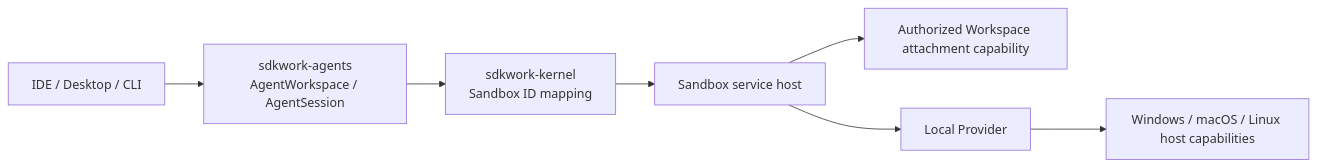
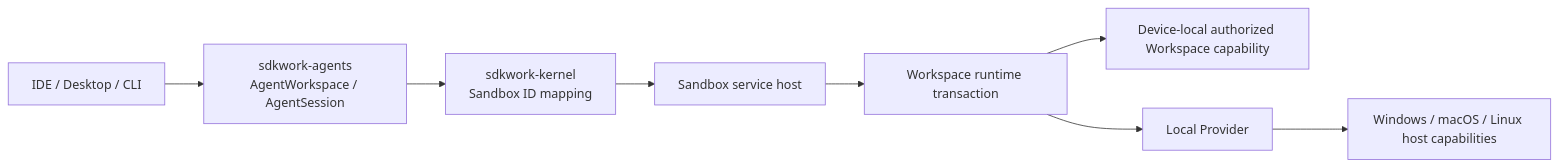
Before and after one commit to Sdkwork-Cloud/sdkwork-sandbox: the first of 3 diagrams in docs/architecture/tech/TECH-runtime-topology.md, drawn with Mermaid. The commit also changed other lines of this file and 91 other files, not shown here.

````diff
--- a/docs/architecture/tech/TECH-runtime-topology.md
+++ b/docs/architecture/tech/TECH-runtime-topology.md
@@ -13,9 +13,10 @@
 ```mermaid
 flowchart LR
     UI["IDE / Desktop / CLI"] --> A["sdkwork-agents\nAgentWorkspace / AgentSession"]
     A --> K["sdkwork-kernel\nSandbox ID mapping"]
     K --> S["Sandbox service host"]
-    S --> W["Authorized Workspace attachment capability"]
-    S --> LP["Local Provider"]
+    S --> TX["Workspace runtime transaction"]
+    TX --> W["Device-local authorized Workspace capability"]
+    TX --> LP["Local Provider"]
     LP --> OS["Windows / macOS / Linux host capabilities"]
 ```
````
